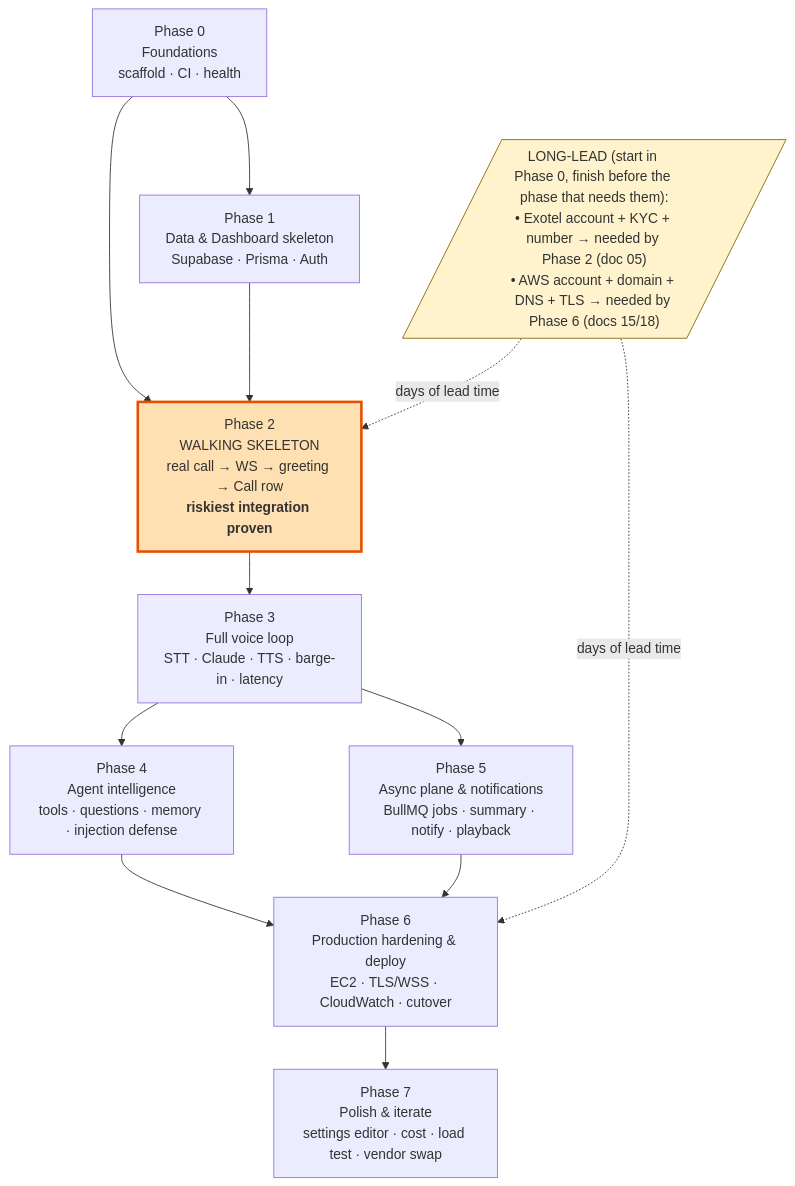
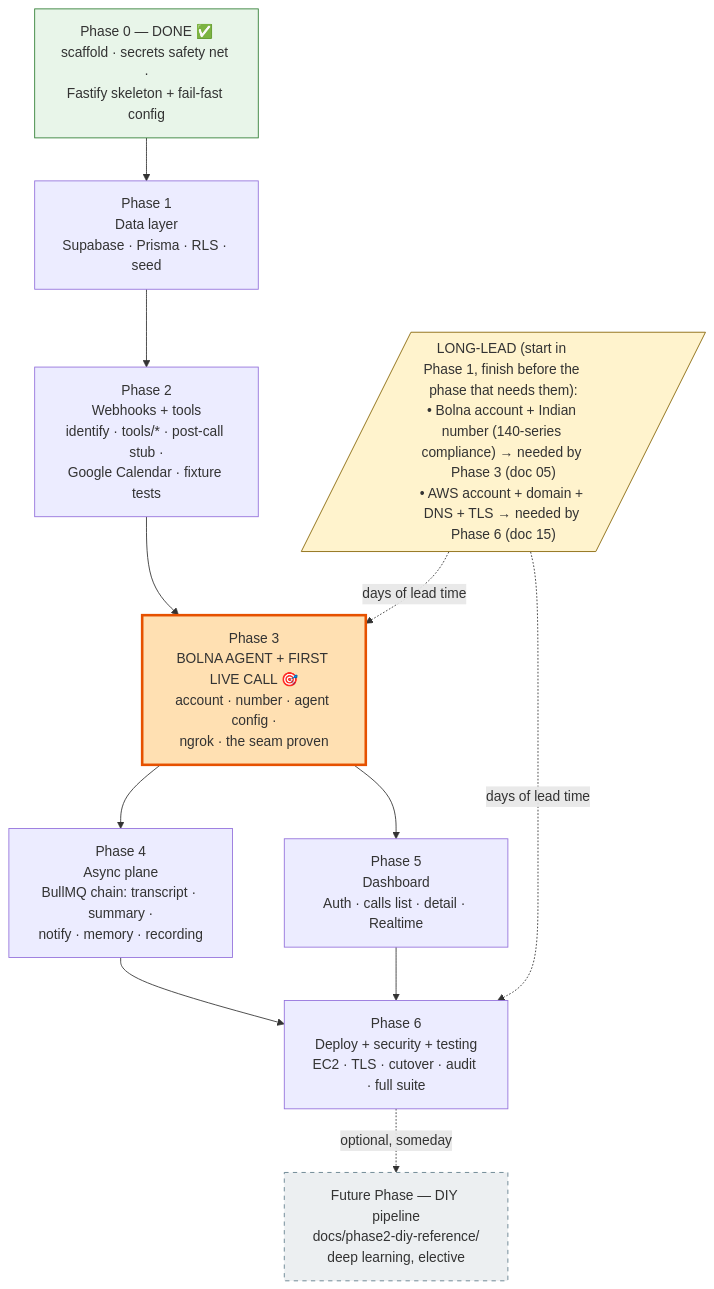
The first of 2 diagrams in docs/20_ROADMAP.md (gandhi120/RecruitPilot_AI), drawn with Mermaid before and after one commit. The commit also changed other lines of this file and 34 other files, not shown here.

First line of the commit message:
docs: pivot voice stack to Bolna; archive DIY vendor docs as phase-2 reference

````diff
--- a/docs/20_ROADMAP.md
+++ b/docs/20_ROADMAP.md
@@ -86,19 +95,20 @@
 ```mermaid
 flowchart TB
-    P0[Phase 0<br/>Foundations<br/>scaffold · CI · health] --> P1[Phase 1<br/>Data & Dashboard skeleton<br/>Supabase · Prisma · Auth]
-    P0 --> P2
-    P1 --> P2[Phase 2<br/>WALKING SKELETON<br/>real call → WS → greeting → Call row<br/><b>riskiest integration proven</b>]
-    P2 --> P3[Phase 3<br/>Full voice loop<br/>STT · Claude · TTS · barge-in · latency]
-    P3 --> P4[Phase 4<br/>Agent intelligence<br/>tools · questions · memory · injection defense]
-    P3 --> P5[Phase 5<br/>Async plane & notifications<br/>BullMQ jobs · summary · notify · playback]
-    P4 --> P6[Phase 6<br/>Production hardening & deploy<br/>EC2 · TLS/WSS · CloudWatch · cutover]
+    P0["Phase 0 — DONE ✅<br/>scaffold · secrets safety net ·<br/>Fastify skeleton + fail-fast config"] --> P1[Phase 1<br/>Data layer<br/>Supabase · Prisma · RLS · seed]
+    P1 --> P2["Phase 2<br/>Webhooks + tools<br/>identify · tools/* · post-call stub ·<br/>Google Calendar · fixture tests"]
+    P2 --> P3["Phase 3<br/>BOLNA AGENT + FIRST LIVE CALL 🎯<br/>account · number · agent config ·<br/>ngrok · the seam proven"]
+    P3 --> P4[Phase 4<br/>Async plane<br/>BullMQ chain: transcript · summary ·<br/>notify · memory · recording]
+    P3 --> P5[Phase 5<br/>Dashboard<br/>Auth · calls list · detail · Realtime]
+    P4 --> P6[Phase 6<br/>Deploy + security + testing<br/>EC2 · TLS · cutover · audit · full suite]
     P5 --> P6
-    P6 --> P7[Phase 7<br/>Polish & iterate<br/>settings editor · cost · load test · vendor swap]
+    P6 -.optional, someday.-> PD["Future Phase — DIY pipeline<br/>docs/phase2-diy-reference/<br/>deep learning, elective"]
 
-    LEAD[/"LONG-LEAD (start in Phase 0, finish before the phase that needs them):<br/>• Exotel account + KYC + number → needed by Phase 2 (doc 05)<br/>• AWS account + domain + DNS + TLS → needed by Phase 6 (docs 15/18)"/]
-    LEAD -.->|days of lead time| P2
+    LEAD[/"LONG-LEAD (start in Phase 1, finish before the phase that needs them):<br/>• Bolna account + Indian number (140-series compliance) → needed by Phase 3 (doc 05)<br/>• AWS account + domain + DNS + TLS → needed by Phase 6 (doc 15)"/]
+    LEAD -.->|days of lead time| P3
     LEAD -.->|days of lead time| P6
 
-    style P2 fill:#ffe0b2,stroke:#e65100,stroke-width:3px
+    style P0 fill:#e8f5e9,stroke:#2e7d32
+    style P3 fill:#ffe0b2,stroke:#e65100,stroke-width:3px
+    style PD fill:#eceff1,stroke:#607d8b,stroke-dasharray: 5 5
     style LEAD fill:#fff3cd,stroke:#856404
 ```
````
